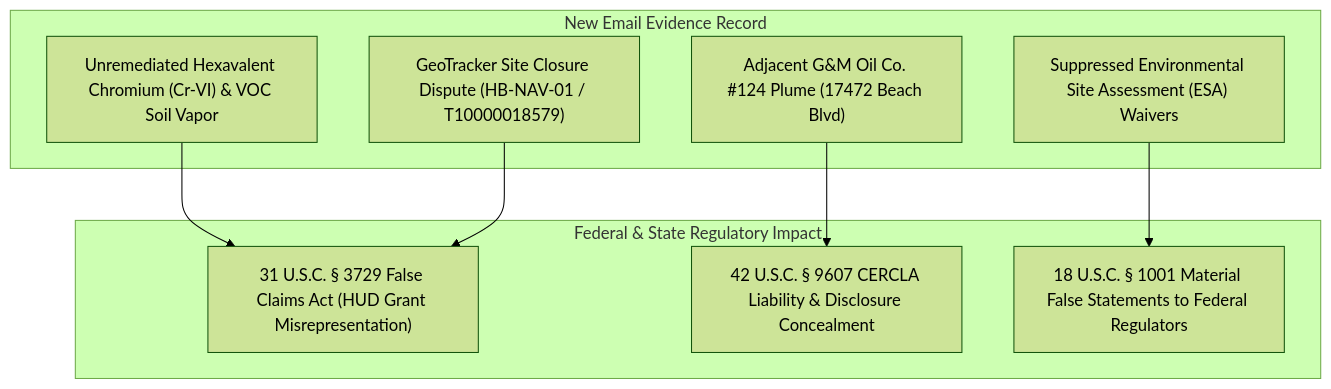
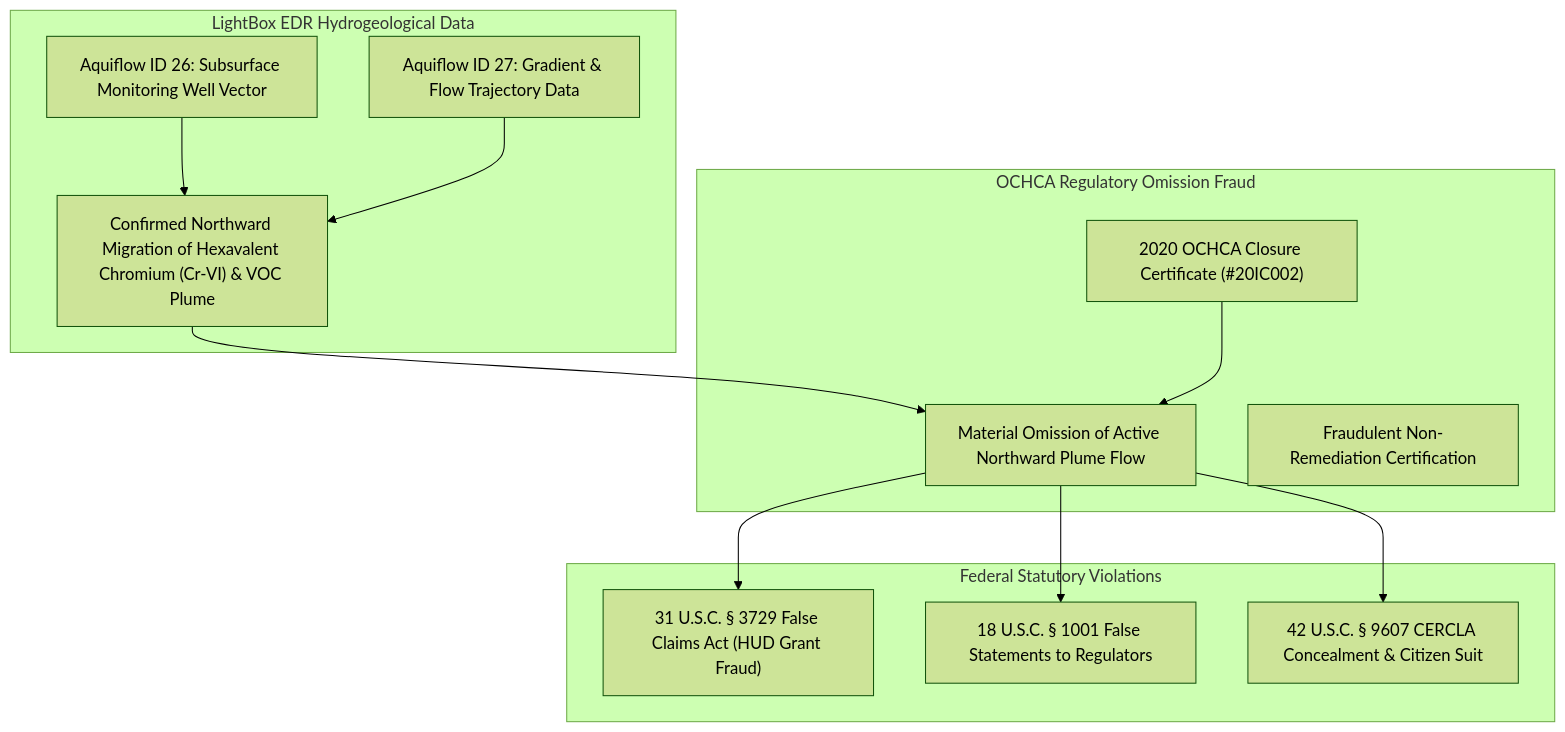
One commit to Tonypost949/OsintNeoAi changed the diagram in FEDERAL_SUBMISSION/EVIDENCE_ADDENDUM_HBNC_EMAIL_2026.md. Above: the diagram before and after it, drawn with Mermaid (forest theme). The commit also changed other lines of this file, not shown here.

Commit message:
Makaveli Protocol: Add LightBox EDR Aquiflow IDs 26 & 27 Northward Plume Migration & OCHCA Closure #20IC002 Fraud Analysis

````diff
--- a/FEDERAL_SUBMISSION/EVIDENCE_ADDENDUM_HBNC_EMAIL_2026.md
+++ b/FEDERAL_SUBMISSION/EVIDENCE_ADDENDUM_HBNC_EMAIL_2026.md
@@ -14,20 +14,28 @@
 ```mermaid
 graph TD
-    subgraph NEW_EMAIL_DISCLOSURE["New Email Evidence Record"]
-        E1["Unremediated Hexavalent Chromium (Cr-VI) & VOC Soil Vapor"]
-        E2["Adjacent G&M Oil Co. #124 Plume (17472 Beach Blvd)"]
-        E3["Suppressed Environmental Site Assessment (ESA) Waivers"]
-        E4["GeoTracker Site Closure Dispute (HB-NAV-01 / T10000018579)"]
+    subgraph LIGHTBOX_EDR_AQUIFLOW_DATA["LightBox EDR Hydrogeological Data"]
+        A1["Aquiflow ID 26: Subsurface Monitoring Well Vector"]
+        A2["Aquiflow ID 27: Gradient & Flow Trajectory Data"]
+        A3["Confirmed Northward Migration of Hexavalent Chromium (Cr-VI) & VOC Plume"]
     end
 
-    subgraph LEGAL_&_REGULATORY_IMPACT["Federal & State Regulatory Impact"]
-        R1["31 U.S.C. § 3729 False Claims Act (HUD Grant Misrepresentation)"]
-        R2["42 U.S.C. § 9607 CERCLA Liability & Disclosure Concealment"]
-        R3["18 U.S.C. § 1001 Material False Statements to Federal Regulators"]
+    subgraph OCHCA_REGULATORY_OMISSION_FRAUD["OCHCA Regulatory Omission Fraud"]
+        O1["2020 OCHCA Closure Certificate (#20IC002)"]
+        O2["Material Omission of Active Northward Plume Flow"]
+        O3["Fraudulent Non-Remediation Certification"]
     end
 
-    E1 --> R1
-    E2 --> R2
-    E3 --> R3
-    E4 --> R1
+    subgraph FEDERAL_STATUTORY_VIOLATIONS["Federal Statutory Violations"]
+        F1["31 U.S.C. § 3729 False Claims Act (HUD Grant Fraud)"]
+        F2["18 U.S.C. § 1001 False Statements to Regulators"]
+        F3["42 U.S.C. § 9607 CERCLA Concealment & Citizen Suit"]
+    end
+
+    A1 --> A3
+    A2 --> A3
+    A3 --> O2
+    O1 --> O2
+    O2 --> F1
+    O2 --> F2
+    O2 --> F3
 ```
````
